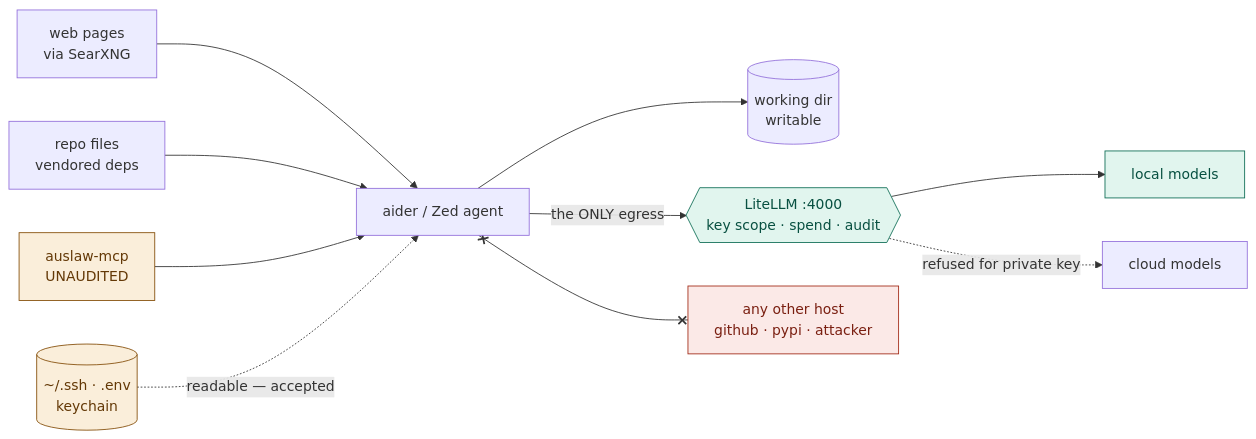
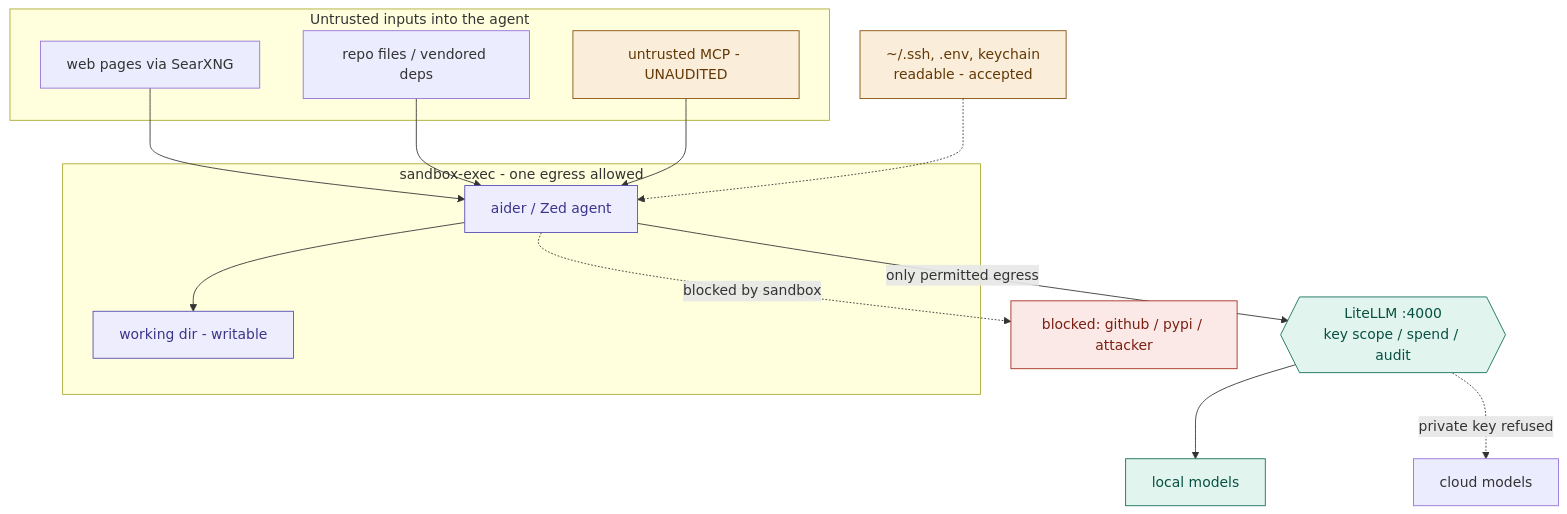
Before and after one commit to ouster/hearth: the diagram in docs/THREAT-MODEL.md, drawn with Mermaid. The commit also changed other lines of this file and 40 other files, not shown here.

````diff
--- a/docs/THREAT-MODEL.md
+++ b/docs/THREAT-MODEL.md
@@ -34,34 +34,42 @@
 ```mermaid
-flowchart LR
-    web["web pages<br/>via SearXNG"]
-    repo["repo files<br/>vendored deps"]
-    mcpsrc["auslaw-mcp<br/>UNAUDITED"]
+flowchart TB
+    subgraph inputs["Untrusted inputs into the agent"]
+        web["web pages via SearXNG"]
+        repo["repo files / vendored deps"]
+        mcpsrc["untrusted MCP - UNAUDITED"]
+    end
 
-    agent["aider / Zed agent"]
-    wd[("working dir<br/>writable")]
-    secrets[("~/.ssh · .env<br/>keychain")]
+    subgraph sandbox["sandbox-exec - one egress allowed"]
+        agent["aider / Zed agent"]
+        wd["working dir - writable"]
+    end
 
-    gw{{"LiteLLM :4000<br/>key scope · spend · audit"}}
+    secrets["~/.ssh, .env, keychain<br/>readable - accepted"]
+
+    gw{{"LiteLLM :4000<br/>key scope / spend / audit"}}
     localm["local models"]
     cloudm["cloud models"]
-    outside["any other host<br/>github · pypi · attacker"]
+    outside["blocked: github / pypi / attacker"]
 
     web --> agent
     repo --> agent
     mcpsrc --> agent
+    secrets -.-> agent
 
-    agent -->|"the ONLY egress"| gw
+    agent -->|"only permitted egress"| gw
+    agent --> wd
+    agent -.->|"blocked by sandbox"| outside
+
     gw --> localm
-    gw -.->|"refused for private key"| cloudm
-
-    agent --> wd
-    secrets -.->|"readable — accepted"| agent
-    agent x--x outside
+    gw -.->|"private key refused"| cloudm
 
     classDef okCls fill:#E1F5EE,stroke:#0F6E56,color:#085041
     classDef badCls fill:#FBE9E7,stroke:#A32B18,color:#7A1F11
     classDef warnCls fill:#FAEEDA,stroke:#854F0B,color:#633806
+    classDef boxCls fill:#EEEDFE,stroke:#534AB7,color:#3C3489
+
     class gw,localm okCls
     class outside badCls
     class secrets,mcpsrc warnCls
+    class agent,wd boxCls
 ```
````
